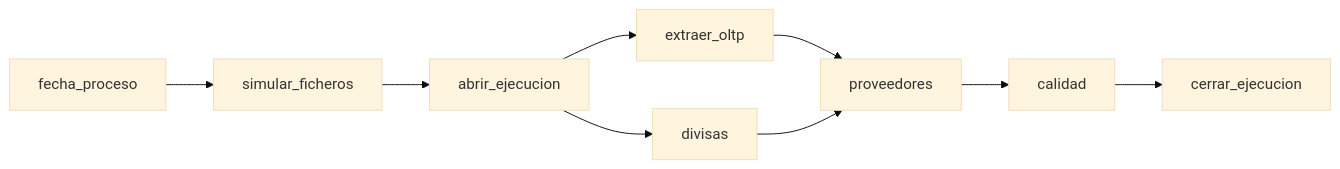
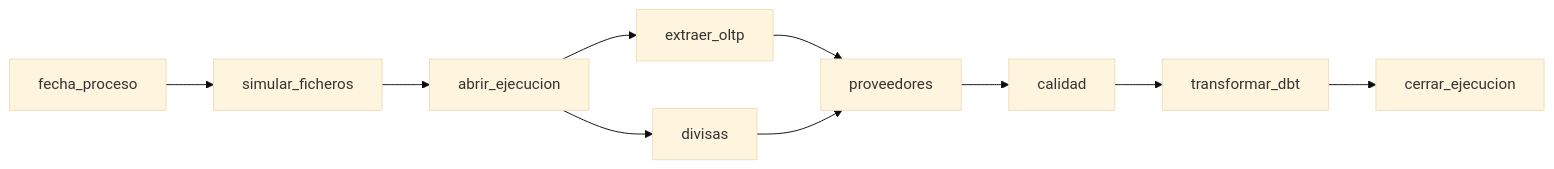
One commit to BongoDeveloper26/TechNova changed the third of 4 diagrams in README.md. Above: the diagram before and after it, drawn with Mermaid (base theme). The commit also changed other lines of this file and 54 other files, not shown here.

````diff
--- a/README.md
+++ b/README.md
@@ -234,9 +234,9 @@
 ```mermaid
 flowchart LR
     F[fecha_proceso] --> S[simular_ficheros] --> A[abrir_ejecucion]
     A --> O[extraer_oltp]
     A --> D[divisas]
     O --> P[proveedores]
     D --> P
-    P --> C[calidad] --> Z[cerrar_ejecucion]
+    P --> C[calidad] --> T[transformar_dbt] --> Z[cerrar_ejecucion]
 ```
````
